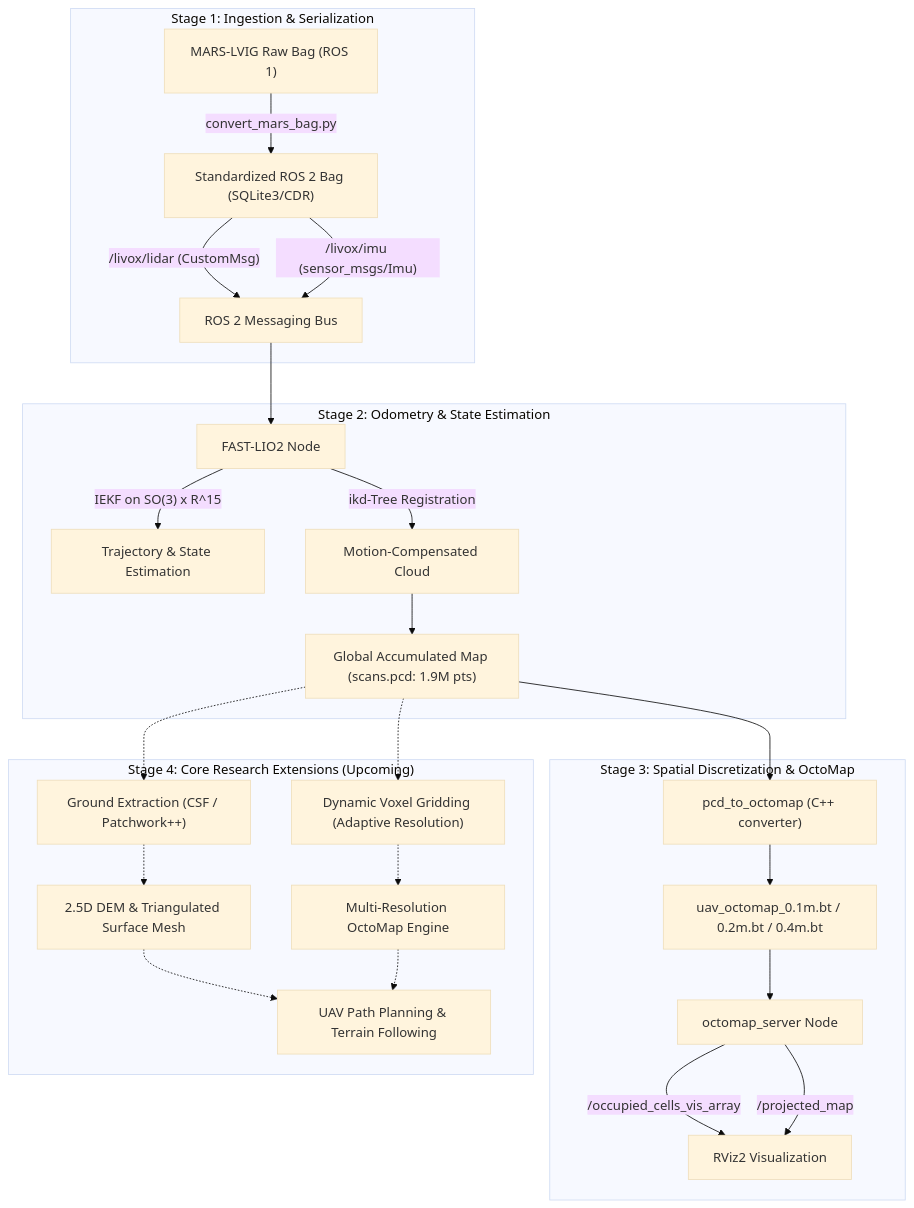
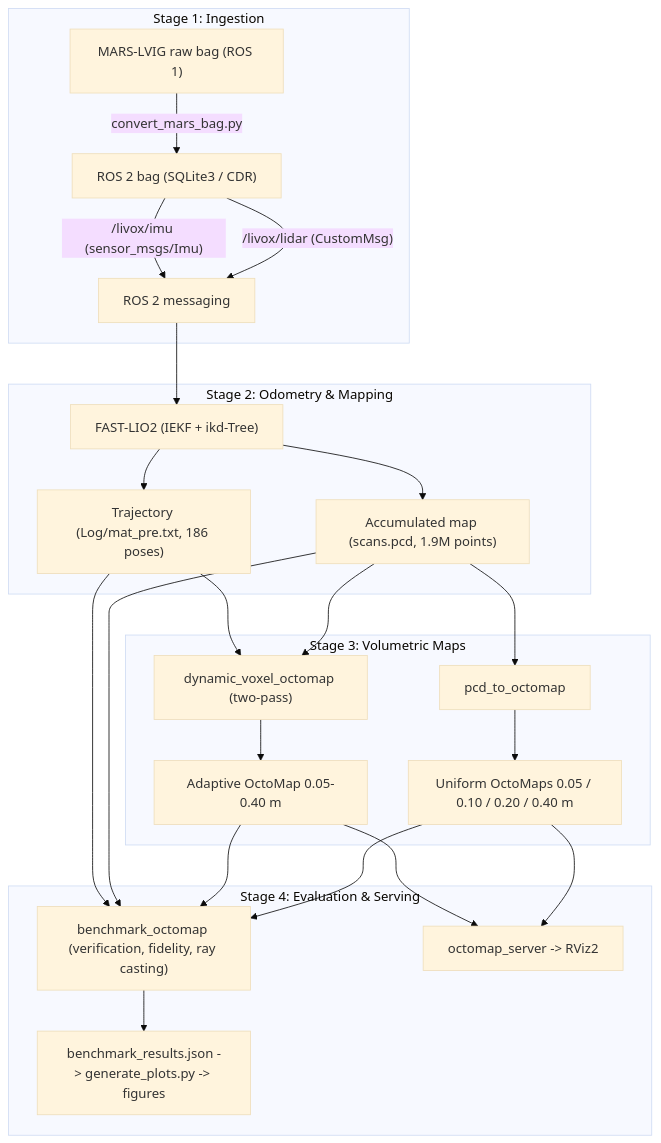
The first of 2 diagrams in Reports/BTP_UAV_LiDAR_Reconstruction_Comprehensive_Report.md (trynottofear/BTP_UAV_LiDAR_Reconstruction), drawn with Mermaid (base theme) before and after one commit. The commit also changed other lines of this file and 29 other files, not shown here.

First line of the commit message:
fix: adaptive OctoMap false occupancy, rebuild benchmarks and reports

````diff
--- a/Reports/BTP_UAV_LiDAR_Reconstruction_Comprehensive_Report.md
+++ b/Reports/BTP_UAV_LiDAR_Reconstruction_Comprehensive_Report.md
@@ -58,32 +70,32 @@
 ```mermaid
 flowchart TD
-    subgraph S1["Stage 1: Ingestion & Serialization"]
-        A["MARS-LVIG Raw Bag (ROS 1)"] -->|"convert_mars_bag.py"| B["Standardized ROS 2 Bag (SQLite3/CDR)"]
-        B -->|"/livox/lidar (CustomMsg)"| C["ROS 2 Messaging Bus"]
+    subgraph S1["Stage 1: Ingestion"]
+        A["MARS-LVIG raw bag (ROS 1)"] -->|"convert_mars_bag.py"| B["ROS 2 bag (SQLite3 / CDR)"]
+        B -->|"/livox/lidar (CustomMsg)"| C["ROS 2 messaging"]
         B -->|"/livox/imu (sensor_msgs/Imu)"| C
     end
 
-    subgraph S2["Stage 2: Odometry & State Estimation"]
-        C --> D["FAST-LIO2 Node"]
-        D -->|"IEKF on SO(3) x R^15"| E["Trajectory & State Estimation"]
-        D -->|"ikd-Tree Registration"| F["Motion-Compensated Cloud"]
-        F --> G["Global Accumulated Map (scans.pcd: 1.9M pts)"]
+    subgraph S2["Stage 2: Odometry & Mapping"]
+        C --> D["FAST-LIO2 (IEKF + ikd-Tree)"]
+        D --> E["Trajectory (Log/mat_pre.txt, 186 poses)"]
+        D --> G["Accumulated map (scans.pcd, 1.9M points)"]
     end
 
-    subgraph S3["Stage 3: Spatial Discretization & OctoMap"]
-        G --> H["pcd_to_octomap (C++ converter)"]
-        H --> I["uav_octomap_0.1m.bt / 0.2m.bt / 0.4m.bt"]
-        I --> J["octomap_server Node"]
-        J -->|"/occupied_cells_vis_array"| K["RViz2 Visualization"]
-        J -->|"/projected_map"| K
+    subgraph S3["Stage 3: Volumetric Maps"]
+        G --> H["pcd_to_octomap"]
+        H --> I["Uniform OctoMaps 0.05 / 0.10 / 0.20 / 0.40 m"]
+        G --> L["dynamic_voxel_octomap (two-pass)"]
+        E --> L
+        L --> O["Adaptive OctoMap 0.05-0.40 m"]
     end
 
-    subgraph S4["Stage 4: Core Research Extensions (Upcoming)"]
-        G -.-> L["Dynamic Voxel Gridding (Adaptive Resolution)"]
-        G -.-> M["Ground Extraction (CSF / Patchwork++)"]
-        M -.-> N["2.5D DEM & Triangulated Surface Mesh"]
-        L -.-> O["Multi-Resolution OctoMap Engine"]
-        N -.-> P["UAV Path Planning & Terrain Following"]
-        O -.-> P
+    subgraph S4["Stage 4: Evaluation & Serving"]
+        I --> Q["benchmark_octomap (verification, fidelity, ray casting)"]
+        O --> Q
+        G --> Q
+        E --> Q
+        Q --> R["benchmark_results.json -> generate_plots.py -> figures"]
+        I --> J["octomap_server -> RViz2"]
+        O --> J
     end
 ```
````
